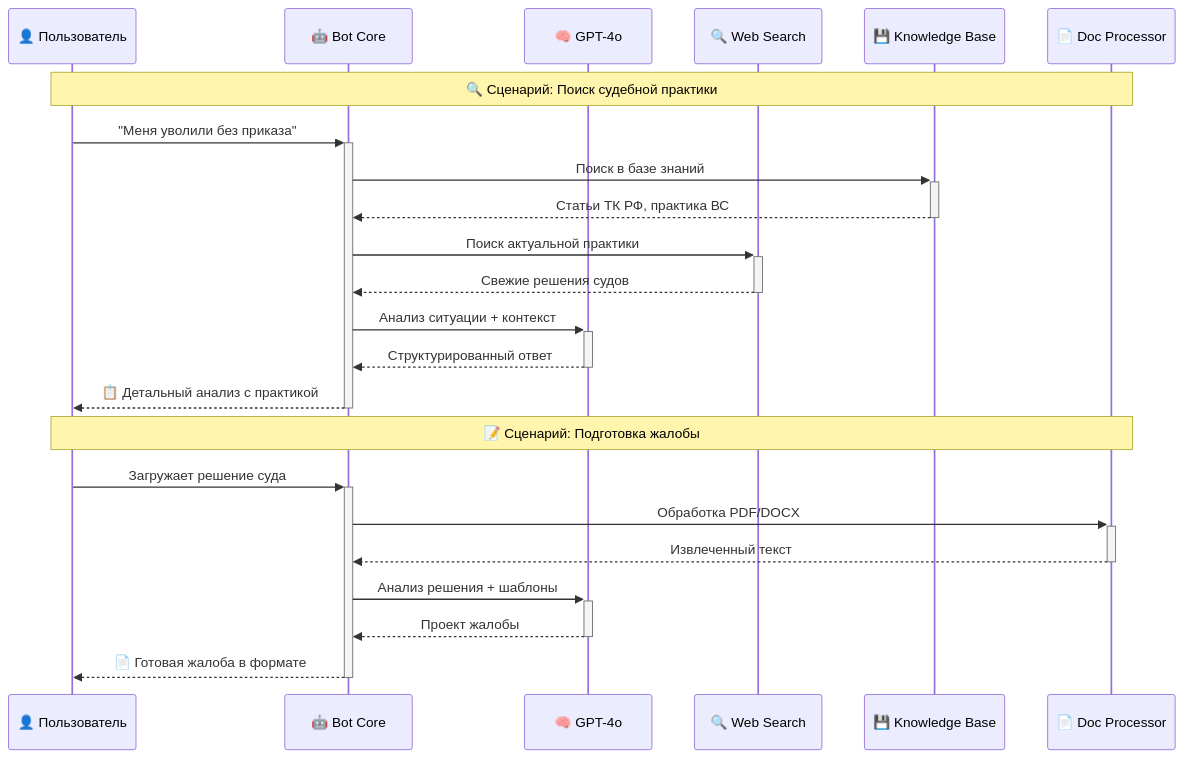
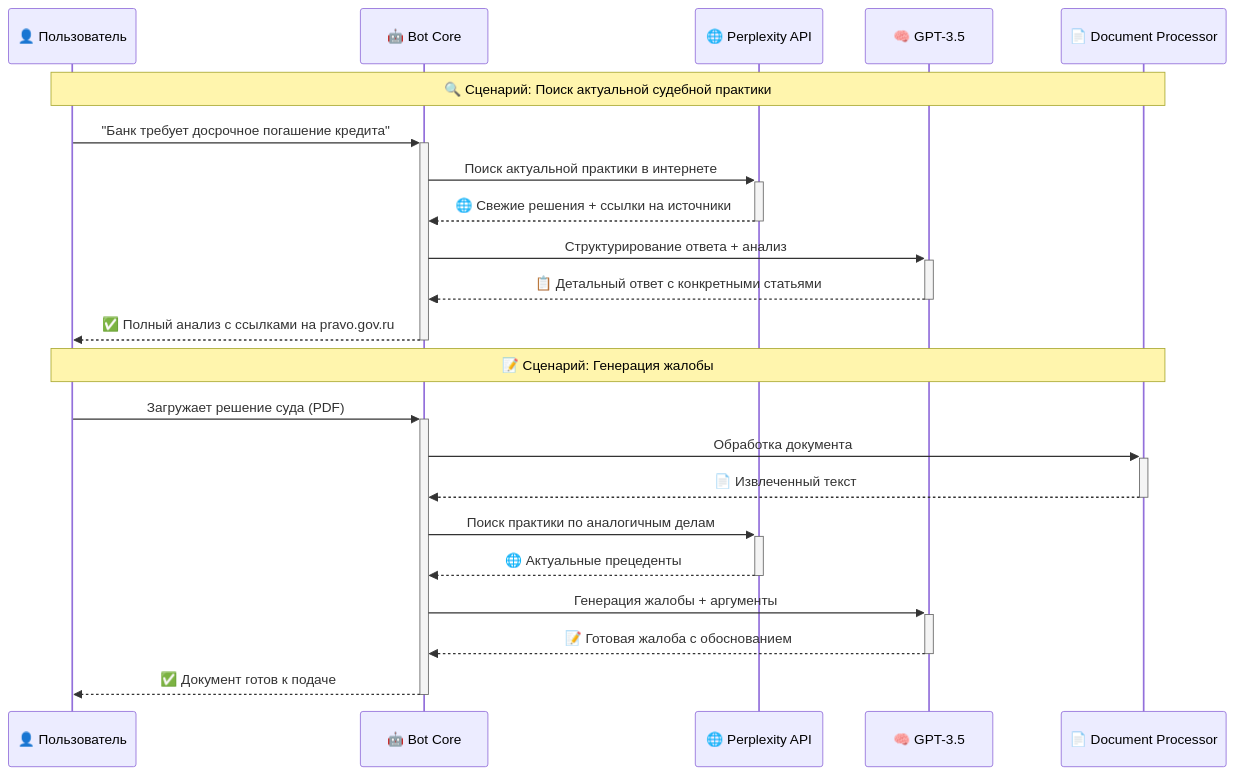
The second of 2 diagrams in README.md (Wh0mever/ai-law-assistant), drawn with Mermaid before and after one commit. The commit also changed other lines of this file and 34 other files, not shown here.

````diff
--- a/README.md
+++ b/README.md
@@ -109,29 +175,28 @@
 ```mermaid
 sequenceDiagram
     participant U as 👤 Пользователь
     participant B as 🤖 Bot Core
-    participant AI as 🧠 GPT-4o
-    participant WS as 🔍 Web Search
-    participant KB as 💾 Knowledge Base
-    participant DP as 📄 Doc Processor
+    participant P as 🌐 Perplexity API
+    participant G as 🧠 GPT-3.5
+    participant D as 📄 Document Processor
     
-    Note over U,DP: 🔍 Сценарий: Поиск судебной практики
+    Note over U,D: 🔍 Сценарий: Поиск актуальной судебной практики
     
-    U->>+B: "Меня уволили без приказа"
-    B->>+KB: Поиск в базе знаний
-    KB-->>-B: Статьи ТК РФ, практика ВС
-    B->>+WS: Поиск актуальной практики
-    WS-->>-B: Свежие решения судов
-    B->>+AI: Анализ ситуации + контекст
-    AI-->>-B: Структурированный ответ
-    B-->>-U: 📋 Детальный анализ с практикой
+    U->>+B: "Банк требует досрочное погашение кредита"
+    B->>+P: Поиск актуальной практики в интернете
+    P-->>-B: 🌐 Свежие решения + ссылки на источники
+    B->>+G: Структурирование ответа + анализ
+    G-->>-B: 📋 Детальный ответ с конкретными статьями
+    B-->>-U: ✅ Полный анализ с ссылками на pravo.gov.ru
     
-    Note over U,DP: 📝 Сценарий: Подготовка жалобы
+    Note over U,D: 📝 Сценарий: Генерация жалобы
     
-    U->>+B: Загружает решение суда
-    B->>+DP: Обработка PDF/DOCX
-    DP-->>-B: Извлеченный текст
-    B->>+AI: Анализ решения + шаблоны
-    AI-->>-B: Проект жалобы
-    B-->>-U: 📄 Готовая жалоба в формате
+    U->>+B: Загружает решение суда (PDF)
+    B->>+D: Обработка документа
+    D-->>-B: 📄 Извлеченный текст
+    B->>+P: Поиск практики по аналогичным делам
+    P-->>-B: 🌐 Актуальные прецеденты
+    B->>+G: Генерация жалобы + аргументы
+    G-->>-B: 📝 Готовая жалоба с обоснованием
+    B-->>-U: ✅ Документ готов к подаче
 ```
````
